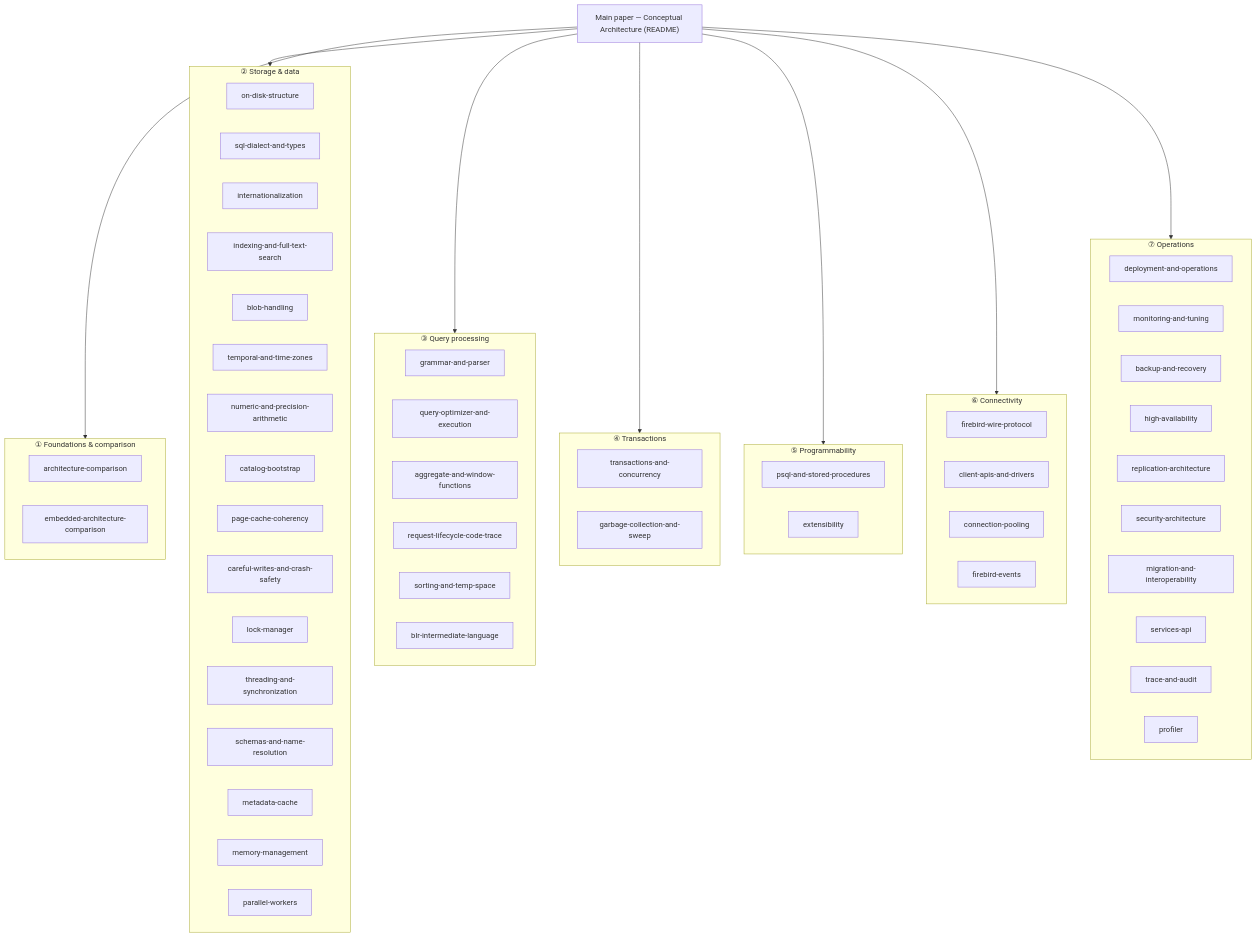
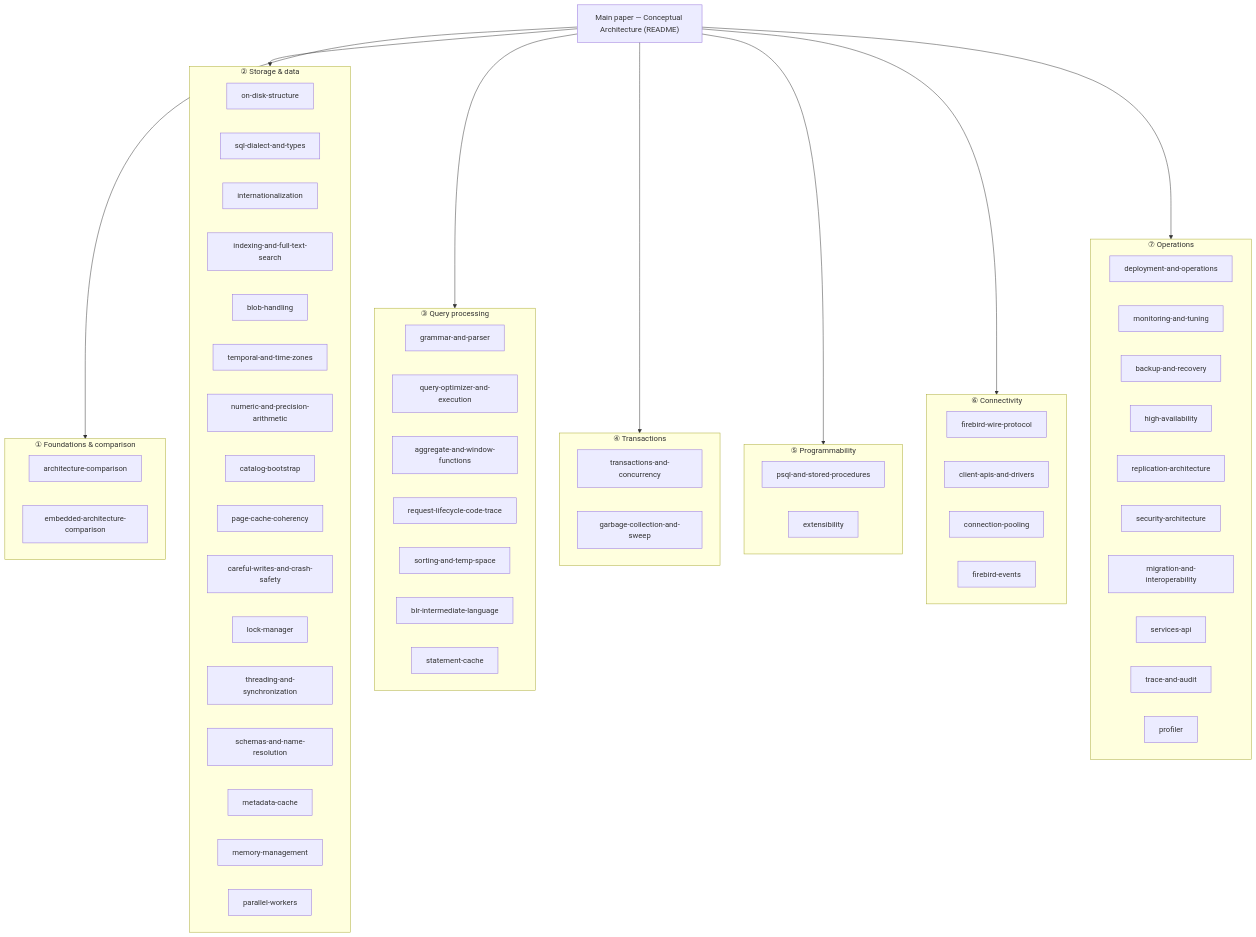
Before and after one commit to mariuz/conceptual-architecture-for-firebird-paper: the diagram in READING-GUIDE.md, drawn with Mermaid. The commit also changed other lines of this file and 2 other files, not shown here.

````diff
--- a/READING-GUIDE.md
+++ b/READING-GUIDE.md
@@ -9,63 +9,64 @@
 ```mermaid
 flowchart TB
     PAPER["Main paper — Conceptual Architecture (README)"]
 
     PAPER --> T1 & T2 & T3 & T4 & T5 & T6 & T7
 
     subgraph T1["① Foundations & comparison"]
         A1["architecture-comparison"]
         A2["embedded-architecture-comparison"]
     end
     subgraph T2["② Storage & data"]
         B1["on-disk-structure"]
         B2["sql-dialect-and-types"]
         B3["internationalization"]
         B4["indexing-and-full-text-search"]
         B5["blob-handling"]
         B6["temporal-and-time-zones"]
         B7["numeric-and-precision-arithmetic"]
         B8["catalog-bootstrap"]
         B9["page-cache-coherency"]
         B10["careful-writes-and-crash-safety"]
         B11["lock-manager"]
         B12["threading-and-synchronization"]
         B13["schemas-and-name-resolution"]
         B14["metadata-cache"]
         B15["memory-management"]
         B16["parallel-workers"]
     end
     subgraph T3["③ Query processing"]
         C1["grammar-and-parser"]
         C2["query-optimizer-and-execution"]
         C3["aggregate-and-window-functions"]
         C4["request-lifecycle-code-trace"]
         C5["sorting-and-temp-space"]
         C6["blr-intermediate-language"]
+        C7["statement-cache"]
     end
     subgraph T4["④ Transactions"]
         D1["transactions-and-concurrency"]
         D2["garbage-collection-and-sweep"]
     end
     subgraph T5["⑤ Programmability"]
         E1["psql-and-stored-procedures"]
         E2["extensibility"]
     end
     subgraph T6["⑥ Connectivity"]
         F1["firebird-wire-protocol"]
         F2["client-apis-and-drivers"]
         F3["connection-pooling"]
         F4["firebird-events"]
     end
     subgraph T7["⑦ Operations"]
         G1["deployment-and-operations"]
         G2["monitoring-and-tuning"]
         G3["backup-and-recovery"]
         G4["high-availability"]
         G5["replication-architecture"]
         G6["security-architecture"]
         G7["migration-and-interoperability"]
         G8["services-api"]
         G9["trace-and-audit"]
         G10["profiler"]
     end
 ```
````
